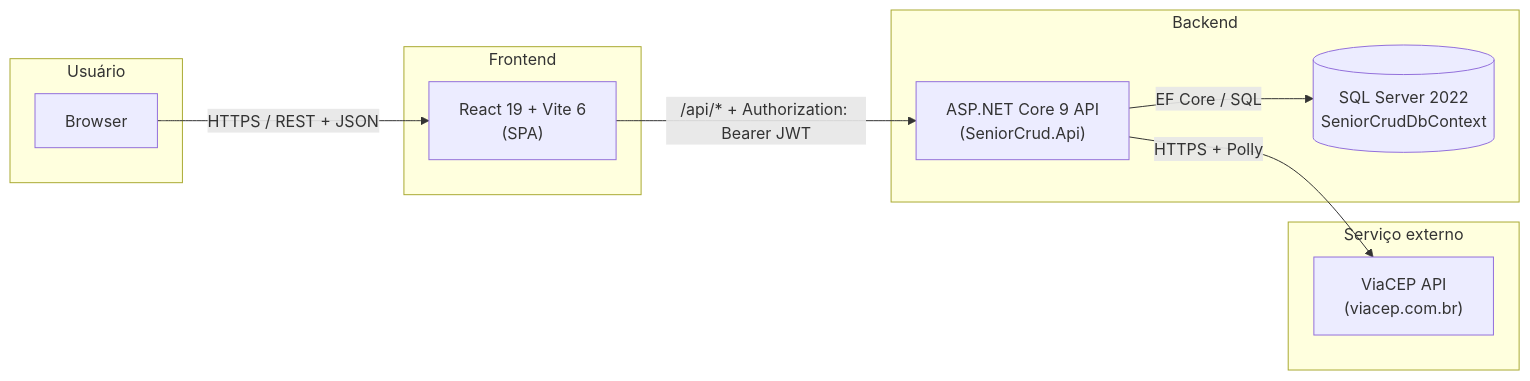
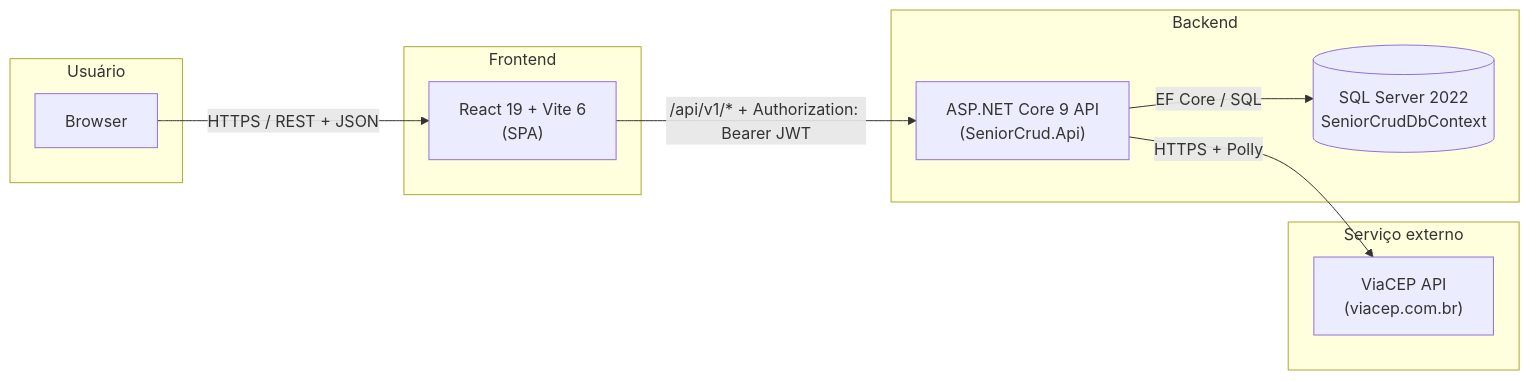
One commit to MateusGovea/SeniorCrud changed the first of 5 diagrams in README.md. Above: the diagram before and after it, drawn with Mermaid. The commit also changed other lines of this file and 205 other files, not shown here.

````diff
--- a/README.md
+++ b/README.md
@@ -76,24 +76,24 @@
 ```mermaid
 flowchart LR
     subgraph Usuario["Usuário"]
         B["Browser"]
     end
 
     subgraph Frontend["Frontend"]
         R["React 19 + Vite 6<br/>(SPA)"]
     end
 
     subgraph Backend["Backend"]
         API["ASP.NET Core 9 API<br/>(SeniorCrud.Api)"]
         SQL[("SQL Server 2022<br/>SeniorCrudDbContext")]
     end
 
     subgraph Externo["Serviço externo"]
         VC["ViaCEP API<br/>(viacep.com.br)"]
     end
 
     B -->|HTTPS / REST + JSON| R
-    R -->|"/api/* + Authorization: Bearer JWT"| API
+    R -->|"/api/v1/* + Authorization: Bearer JWT"| API
     API -->|EF Core / SQL| SQL
     API -->|HTTPS + Polly| VC
 ```
````
